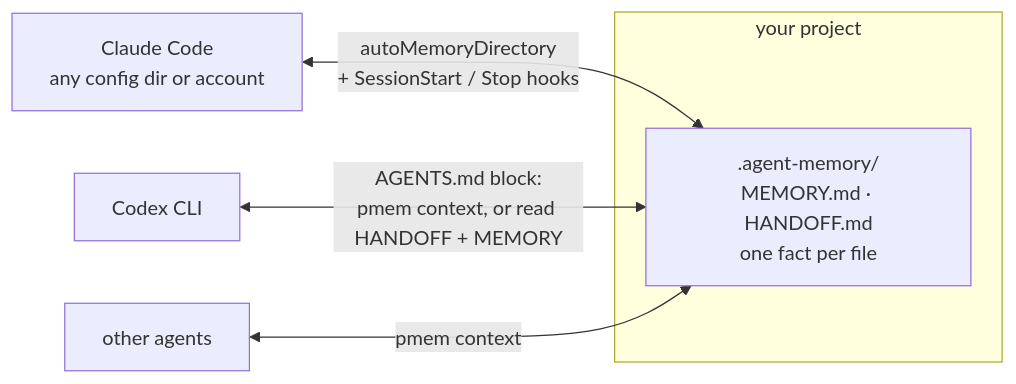
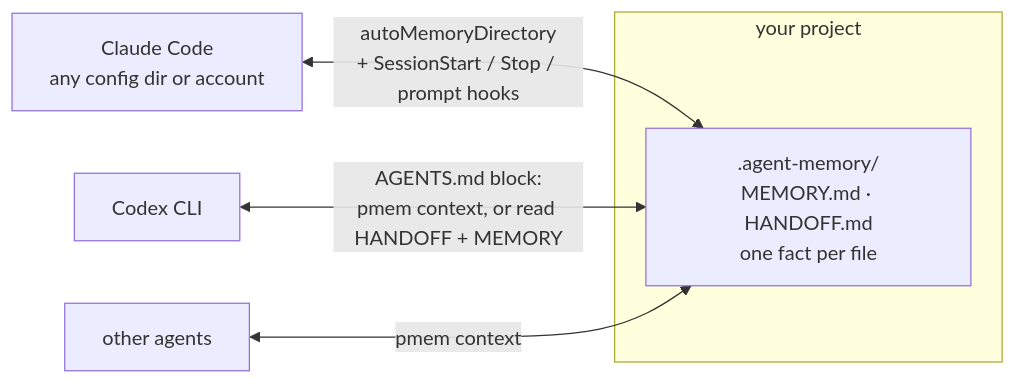
One commit to SuperFCR/falcary-skills changed the diagram in project-memory/README.md. Above: the diagram before and after it, drawn with Mermaid. The commit also changed other lines of this file and 16 other files, not shown here.

````diff
--- a/project-memory/README.md
+++ b/project-memory/README.md
@@ -13,9 +13,9 @@
 ```mermaid
 flowchart LR
     subgraph Project["your project"]
         MEM[".agent-memory/<br/>MEMORY.md · HANDOFF.md<br/>one fact per file"]
     end
-    CC["Claude Code<br/>any config dir or account"] <-->|"autoMemoryDirectory<br/>+ SessionStart / Stop hooks"| MEM
+    CC["Claude Code<br/>any config dir or account"] <-->|"autoMemoryDirectory<br/>+ SessionStart / Stop / prompt hooks"| MEM
     CX["Codex CLI"] <-->|"AGENTS.md block:<br/>pmem context, or read HANDOFF + MEMORY"| MEM
     OT["other agents"] <-->|"pmem context"| MEM
 ```
````
